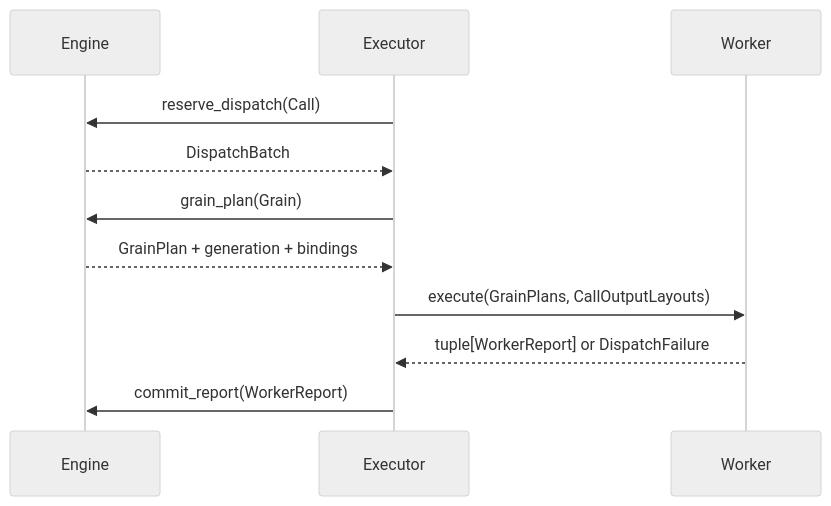
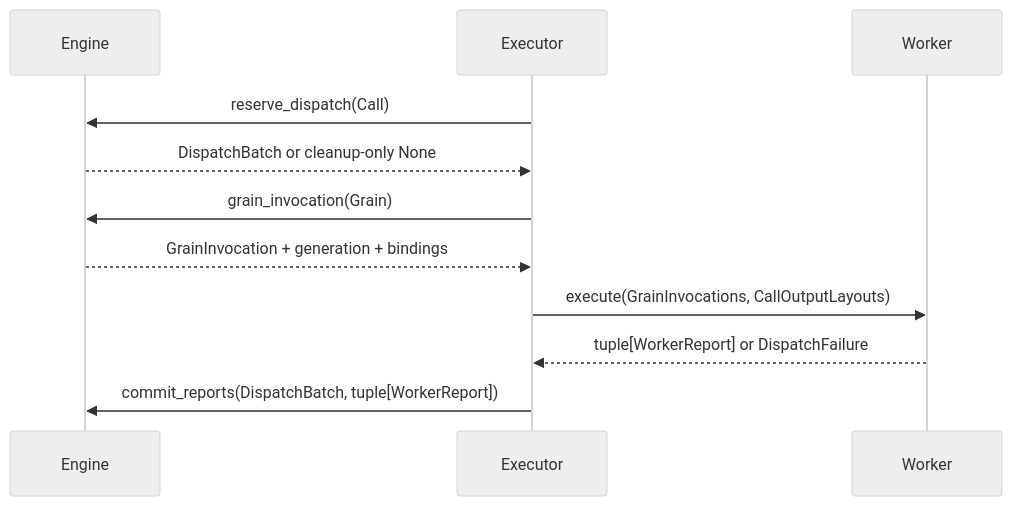
One commit to OpenDCAI/RayOrch changed the third of 4 diagrams in docs/multigrain_v3_6_maintainer_guide.md. Above: the diagram before and after it, drawn with Mermaid (neutral theme). The commit also changed other lines of this file and 31 other files, not shown here.

Commit message:
docs(v3.6): publish bilingual architecture guides

````diff
--- a/docs/multigrain_v3_6_maintainer_guide.md
+++ b/docs/multigrain_v3_6_maintainer_guide.md
@@ -252,14 +380,14 @@
 ```mermaid
 sequenceDiagram
     participant E as Engine
     participant X as Executor
     participant W as Worker
 
     X->>E: reserve_dispatch(Call)
-    E-->>X: DispatchBatch
-    X->>E: grain_plan(Grain)
-    E-->>X: GrainPlan + generation + bindings
-    X->>W: execute(GrainPlans, CallOutputLayouts)
+    E-->>X: DispatchBatch or cleanup-only None
+    X->>E: grain_invocation(Grain)
+    E-->>X: GrainInvocation + generation + bindings
+    X->>W: execute(GrainInvocations, CallOutputLayouts)
     W-->>X: tuple[WorkerReport] or DispatchFailure
-    X->>E: commit_report(WorkerReport)
+    X->>E: commit_reports(DispatchBatch, tuple[WorkerReport])
 ```
````
